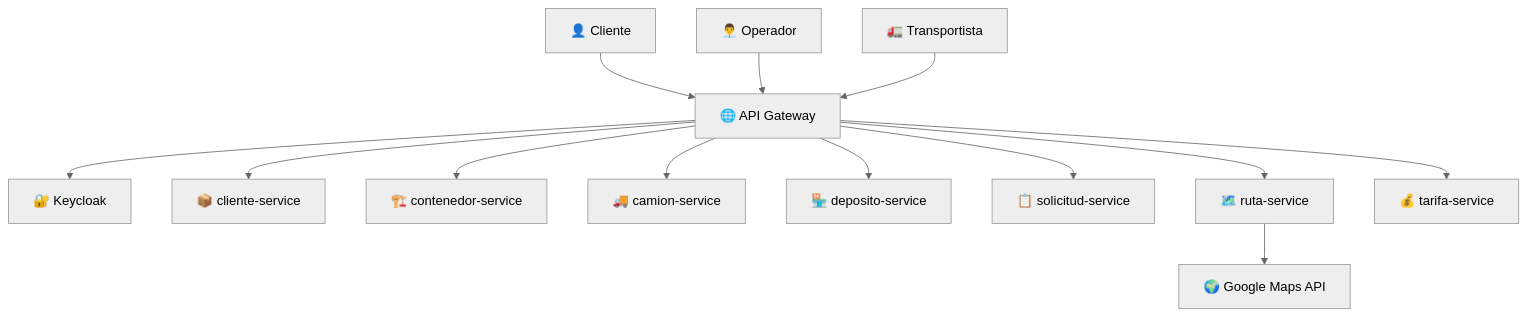
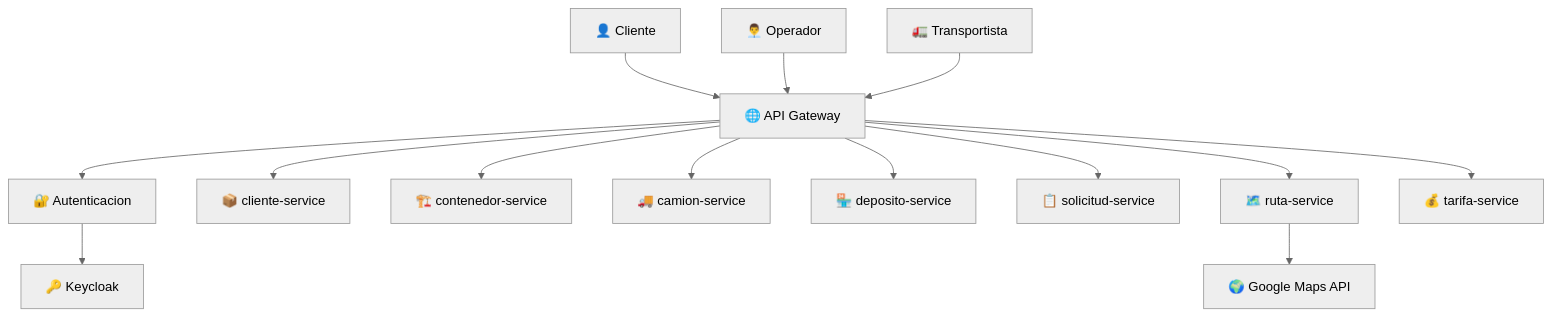
Before and after one commit to cesarAlta/tpi-backend-2025: the diagram in README.md, drawn with Mermaid (neutral theme). The commit also changed other lines of this file and 1 other file, not shown here.

Commit message:
Diagramas y readme

````diff
--- a/README.md
+++ b/README.md
@@ -25,17 +28,18 @@
 ```mermaid
 graph TB
     Client[👤 Cliente] --> Gateway[🌐 API Gateway]
     Operator[👨‍💼 Operador] --> Gateway
     Driver[🚛 Transportista] --> Gateway
-    
-    Gateway --> Auth[🔐 Keycloak]
+
+    Gateway --> Auth[🔐 Autenticacion]
     Gateway --> MS1[📦 cliente-service]
     Gateway --> MS2[🏗️ contenedor-service]
     Gateway --> MS3[🚚 camion-service]
     Gateway --> MS4[🏪 deposito-service]
     Gateway --> MS5[📋 solicitud-service]
     Gateway --> MS6[🗺️ ruta-service]
     Gateway --> MS7[💰 tarifa-service]
-    
+
     MS6 --> Maps[🌍 Google Maps API]
+    Auth --> Keycloak[ 🔑 Keycloak]
 ```
````
